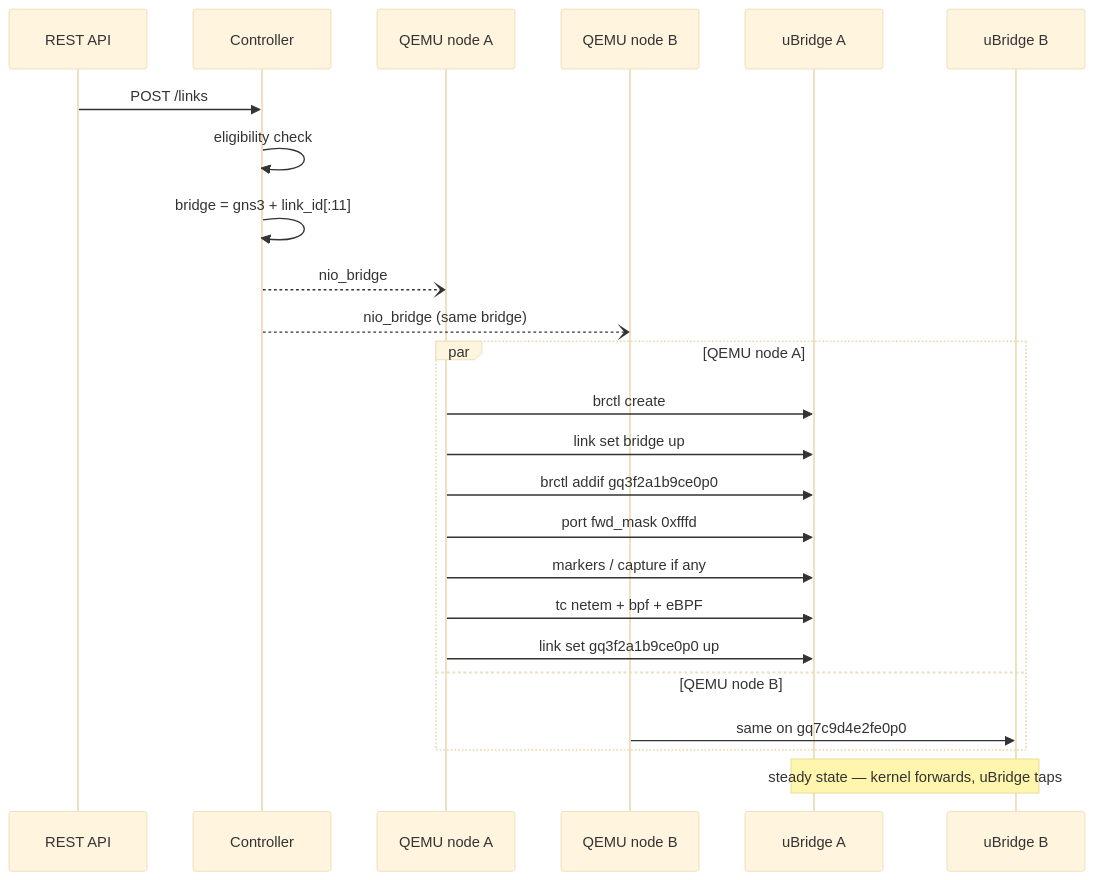
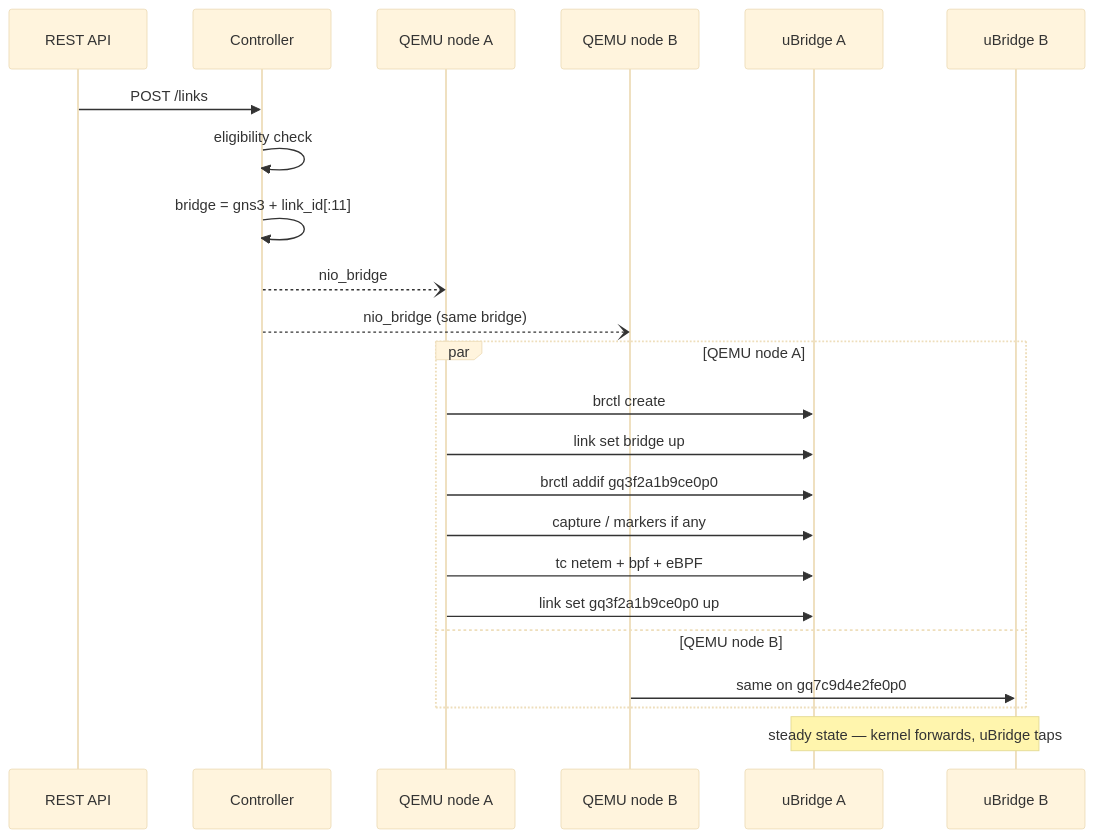
Before and after one commit to GNS3/gns3-server: the fourth of 4 diagrams in docs/features/qemu-kernel-datapath.md, drawn with Mermaid (base theme). The commit also changed other lines of this file and 6 other files, not shown here.

````diff
--- a/docs/features/qemu-kernel-datapath.md
+++ b/docs/features/qemu-kernel-datapath.md
@@ -191,27 +191,26 @@
 ```mermaid
 sequenceDiagram
     participant API as REST API
     participant C as Controller
     participant CA as QEMU node A
     participant CB as QEMU node B
     participant UA as uBridge A
     participant UB as uBridge B
 
     API->>C: POST /links
     C->>C: eligibility check
     C->>C: bridge = gns3 + link_id[:11]
     C--)CA: nio_bridge
     C--)CB: nio_bridge (same bridge)
     par QEMU node A
         CA->>UA: brctl create
         CA->>UA: link set bridge up
         CA->>UA: brctl addif gq3f2a1b9ce0p0
-        CA->>UA: port fwd_mask 0xfffd
-        CA->>UA: markers / capture if any
+        CA->>UA: capture / markers if any
         CA->>UA: tc netem + bpf + eBPF
         CA->>UA: link set gq3f2a1b9ce0p0 up
     and QEMU node B
         CB->>UB: same on gq7c9d4e2fe0p0
     end
     Note over UA,UB: steady state — kernel forwards, uBridge taps
 ```
````
